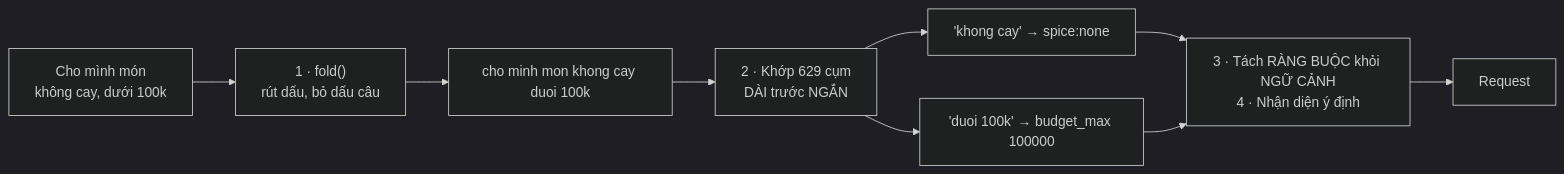
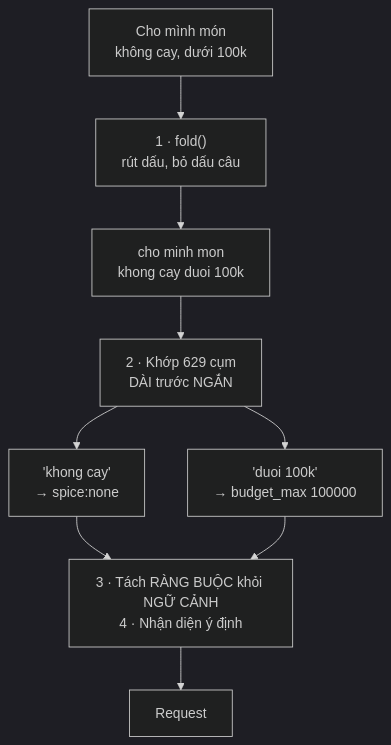
The seventh of 8 diagrams in docs/ai/BAO_CAO_HOC_MAY_KPDL.md (Anpham120/restaurant-qr-ai-ordering), drawn with Mermaid (dark theme) before and after one commit. The commit also changed other lines of this file and 7 other files, not shown here.

````diff
--- a/docs/ai/BAO_CAO_HOC_MAY_KPDL.md
+++ b/docs/ai/BAO_CAO_HOC_MAY_KPDL.md
@@ -1242,11 +1212,11 @@
 ```mermaid
-flowchart LR
+flowchart TB
   Q["Cho mình món<br/>không cay, dưới 100k"] --> F["1 · fold()<br/>rút dấu, bỏ dấu câu"]
-  F --> P["cho minh mon khong cay duoi 100k"]
+  F --> P["cho minh mon<br/>khong cay duoi 100k"]
   P --> M["2 · Khớp 629 cụm<br/>DÀI trước NGẮN"]
-  M --> T1["'khong cay' → spice:none"]
-  M --> T2["'duoi 100k' → budget_max 100000"]
+  M --> T1["'khong cay'<br/>→ spice:none"]
+  M --> T2["'duoi 100k'<br/>→ budget_max 100000"]
   T1 --> RQ["3 · Tách RÀNG BUỘC khỏi NGỮ CẢNH<br/>4 · Nhận diện ý định"]
   T2 --> RQ
   RQ --> OUT["Request"]
 ```
````
